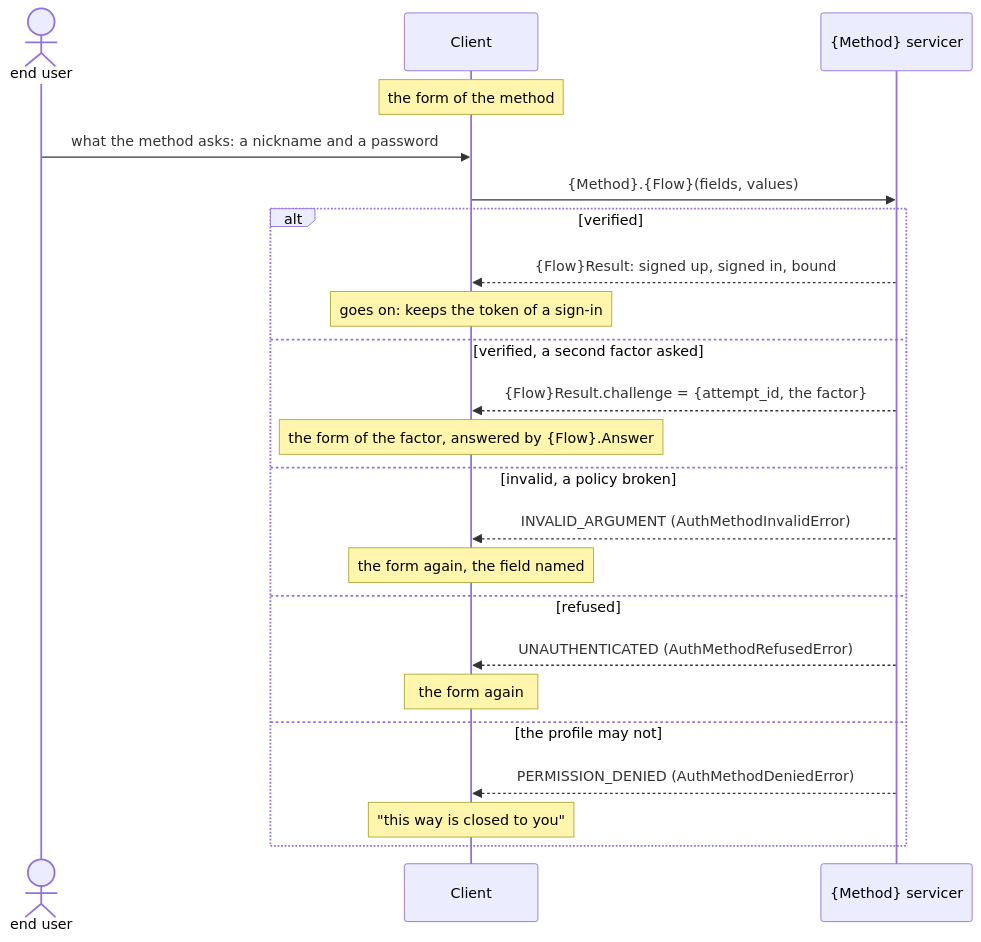
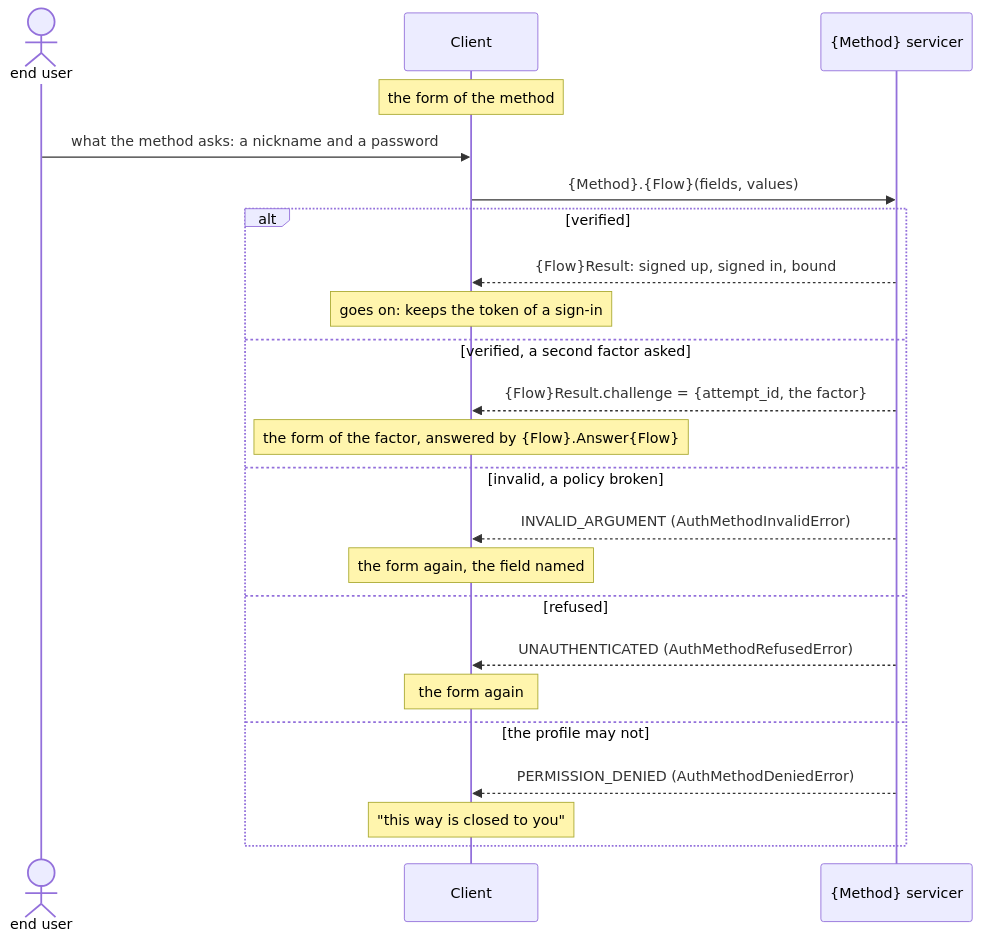
One commit to ak-ingots/ingots-libs changed the first of 4 diagrams in docs/design/auth/methods/README.md. Above: the diagram before and after it, drawn with Mermaid. The commit also changed other lines of this file and 5 other files, not shown here.

````diff
--- a/docs/design/auth/methods/README.md
+++ b/docs/design/auth/methods/README.md
@@ -138,25 +138,25 @@
 ```mermaid
 sequenceDiagram
     actor User as end user
     participant Client
     participant Server as {Method} servicer
     Note over Client: the form of the method
     User->>Client: what the method asks: a nickname and a password
     Client->>Server: {Method}.{Flow}(fields, values)
     alt verified
         Server-->>Client: {Flow}Result: signed up, signed in, bound
         Note over Client: goes on: keeps the token of a sign-in
     else verified, a second factor asked
         Server-->>Client: {Flow}Result.challenge = {attempt_id, the factor}
-        Note over Client: the form of the factor, answered by {Flow}.Answer
+        Note over Client: the form of the factor, answered by {Flow}.Answer{Flow}
     else invalid, a policy broken
         Server-->>Client: INVALID_ARGUMENT (AuthMethodInvalidError)
         Note over Client: the form again, the field named
     else refused
         Server-->>Client: UNAUTHENTICATED (AuthMethodRefusedError)
         Note over Client: the form again
     else the profile may not
         Server-->>Client: PERMISSION_DENIED (AuthMethodDeniedError)
         Note over Client: "this way is closed to you"
     end
 ```
````
